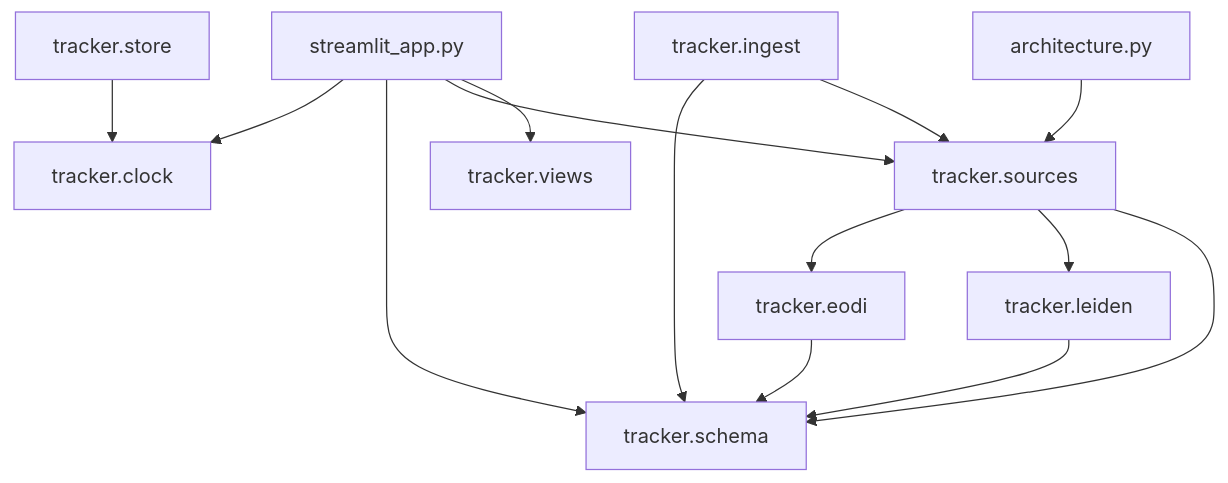
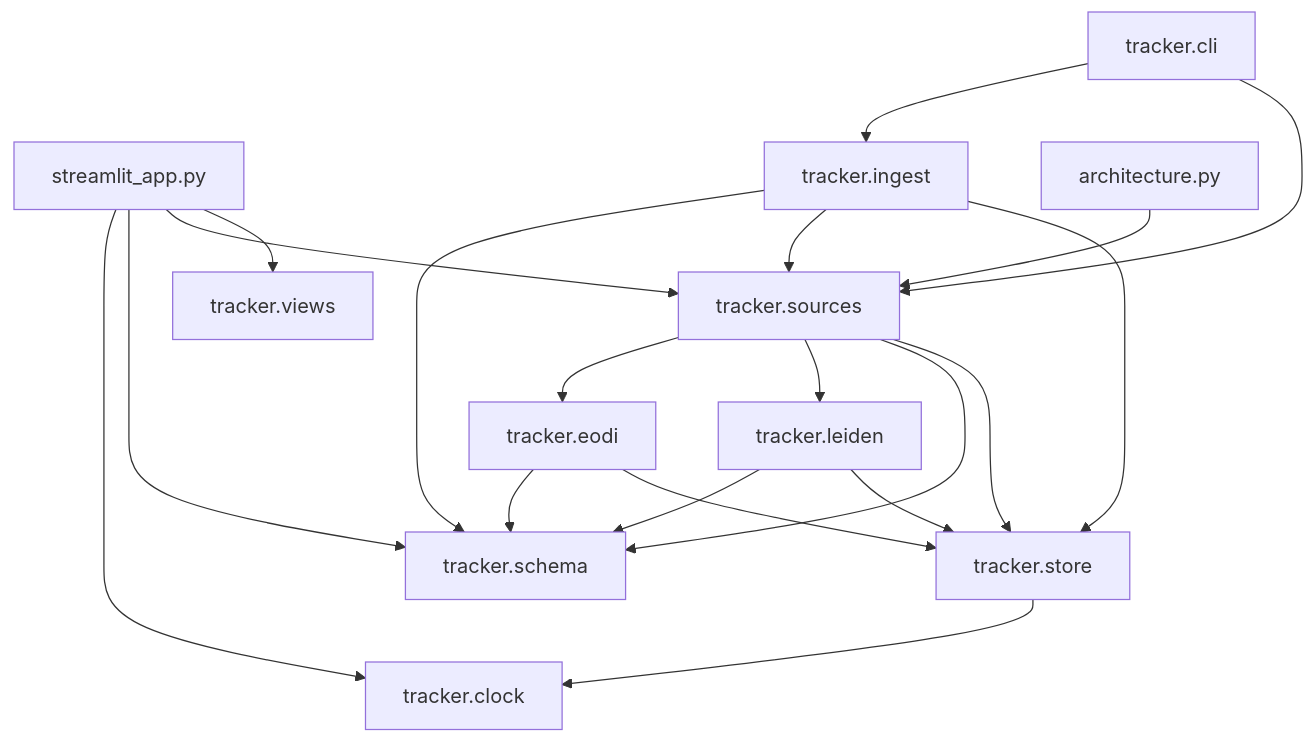
The third of 3 diagrams in docs/architecture.md (tryph0n/hybrid-tracker), drawn with Mermaid before and after one commit. The commit also changed other lines of this file and 15 other files, not shown here.

````diff
--- a/docs/architecture.md
+++ b/docs/architecture.md
@@ -146,26 +148,33 @@
 ```mermaid
 flowchart TB
   module_streamlit_app_py["streamlit_app.py"]
+  module_tracker_cli["tracker.cli"]
   module_tracker_clock["tracker.clock"]
   module_tracker_eodi["tracker.eodi"]
   module_tracker_ingest["tracker.ingest"]
   module_tracker_leiden["tracker.leiden"]
   module_tracker_schema["tracker.schema"]
   module_tracker_sources["tracker.sources"]
   module_tracker_store["tracker.store"]
   module_tracker_views["tracker.views"]
   module_architecture_py["architecture.py"]
   module_streamlit_app_py --> module_tracker_clock
   module_streamlit_app_py --> module_tracker_schema
   module_streamlit_app_py --> module_tracker_sources
   module_streamlit_app_py --> module_tracker_views
+  module_tracker_cli --> module_tracker_ingest
+  module_tracker_cli --> module_tracker_sources
   module_tracker_eodi --> module_tracker_schema
+  module_tracker_eodi --> module_tracker_store
   module_tracker_ingest --> module_tracker_schema
   module_tracker_ingest --> module_tracker_sources
+  module_tracker_ingest --> module_tracker_store
   module_tracker_leiden --> module_tracker_schema
+  module_tracker_leiden --> module_tracker_store
   module_tracker_sources --> module_tracker_eodi
   module_tracker_sources --> module_tracker_leiden
   module_tracker_sources --> module_tracker_schema
+  module_tracker_sources --> module_tracker_store
   module_tracker_store --> module_tracker_clock
   module_architecture_py --> module_tracker_sources
 ```
````
